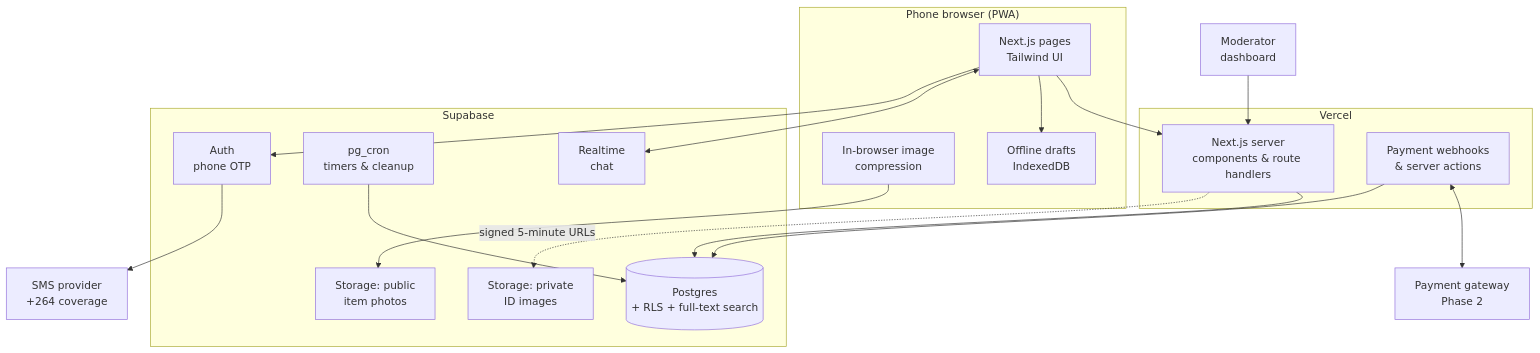
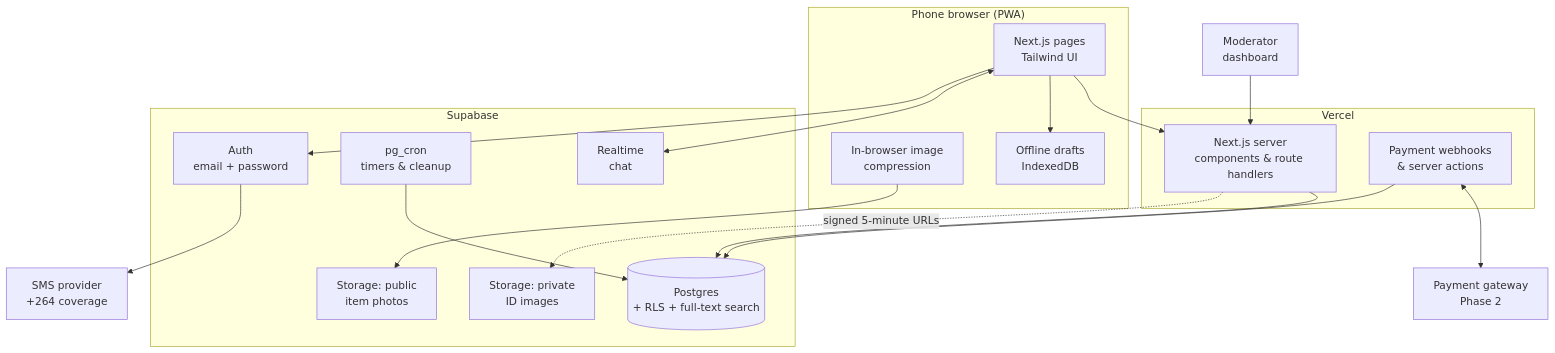
Before and after one commit to Sphellep04/Rehang: the third of 6 diagrams in README.md, drawn with Mermaid. The commit also changed other lines of this file and 27 other files, not shown here.

Commit message:
Switch sign-in to email and password; hold listings until the seller's ID is verified

````diff
--- a/README.md
+++ b/README.md
@@ -362,36 +362,36 @@
 ```mermaid
 flowchart TB
     subgraph Client["Phone browser (PWA)"]
         UI[Next.js pages<br/>Tailwind UI]
         IMG[In-browser image<br/>compression]
         IDB[Offline drafts<br/>IndexedDB]
     end
     subgraph Vercel
         SSR[Next.js server<br/>components & route handlers]
         PAY[Payment webhooks<br/>& server actions]
     end
     subgraph Supabase
-        AUTH[Auth<br/>phone OTP]
+        AUTH[Auth<br/>email + password]
         DB[(Postgres<br/>+ RLS + full-text search)]
         CRON[pg_cron<br/>timers & cleanup]
         PUB[Storage: public<br/>item photos]
         PRIV[Storage: private<br/>ID images]
         RT[Realtime<br/>chat]
     end
     SMS[SMS provider<br/>+264 coverage]
     GW[Payment gateway<br/>Phase 2]
     MOD[Moderator<br/>dashboard]
 
     UI --> SSR
     UI --> IDB
     IMG --> PUB
     UI <--> RT
     SSR --> DB
     CRON --> DB
     AUTH --> SMS
     UI --> AUTH
     PAY <--> GW
     PAY --> DB
     MOD --> SSR
     SSR -. signed 5-minute URLs .-> PRIV
 ```
````
